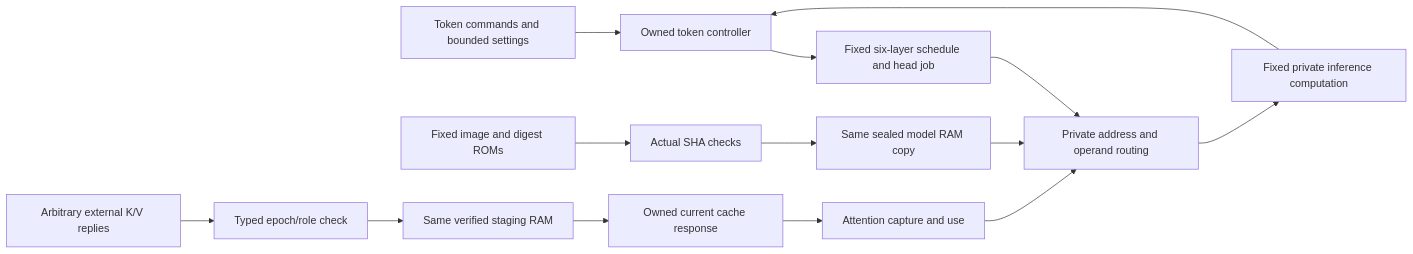
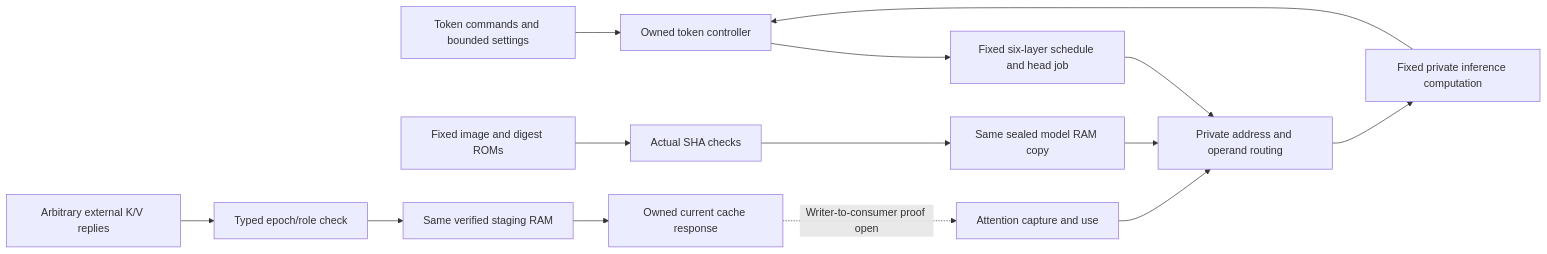
The diagram in demos/simplestories-v2-5m/formal/authentication-access/README.md (Berkeley-AI-Risk/inference-only), drawn with Mermaid before and after one commit. The commit also changed other lines of this file and 5 other files, not shown here.

First line of the commit message:
Clarify protected K/V guard and attention proof boundaries

````diff
--- a/demos/simplestories-v2-5m/formal/authentication-access/README.md
+++ b/demos/simplestories-v2-5m/formal/authentication-access/README.md
@@ -24,16 +24,16 @@
 ```mermaid
 flowchart LR
     TOKEN["Token commands and bounded settings"] --> CTRL["Owned token controller"]
     CTRL --> SCHEDULE["Fixed six-layer schedule and head job"]
     IMAGE["Fixed image and digest ROMs"] --> AUTH["Actual SHA checks"]
     AUTH --> MODEL["Same sealed model RAM copy"]
     MODEL --> ROUTE["Private address and operand routing"]
     SCHEDULE --> ROUTE
     EXTERNAL["Arbitrary external K/V replies"] --> GUARD["Typed epoch/role check"]
     GUARD --> STAGE["Same verified staging RAM"]
     STAGE --> CACHE["Owned current cache response"]
-    CACHE --> CAPTURE["Attention capture and use"]
+    CACHE -. "Writer-to-consumer proof open" .-> CAPTURE["Attention capture and use"]
     CAPTURE --> ROUTE
     ROUTE --> COMPUTE["Fixed private inference computation"]
     COMPUTE --> CTRL
 ```
````
